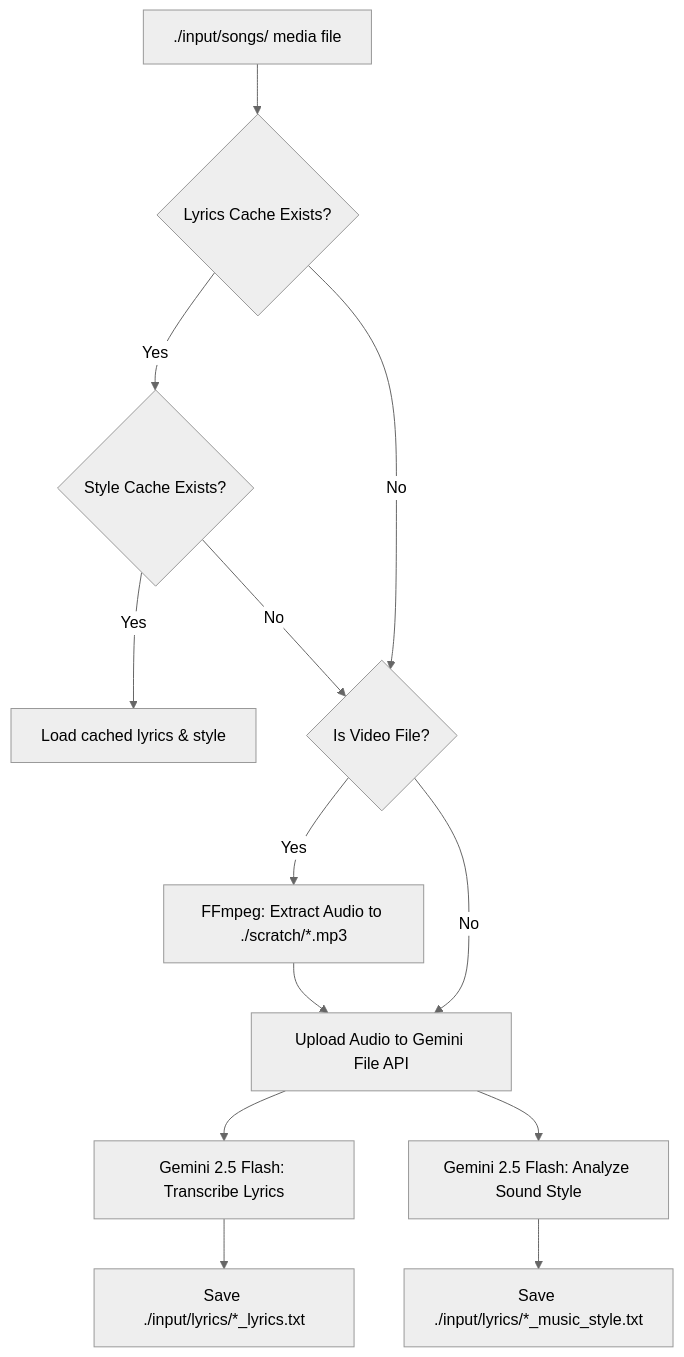
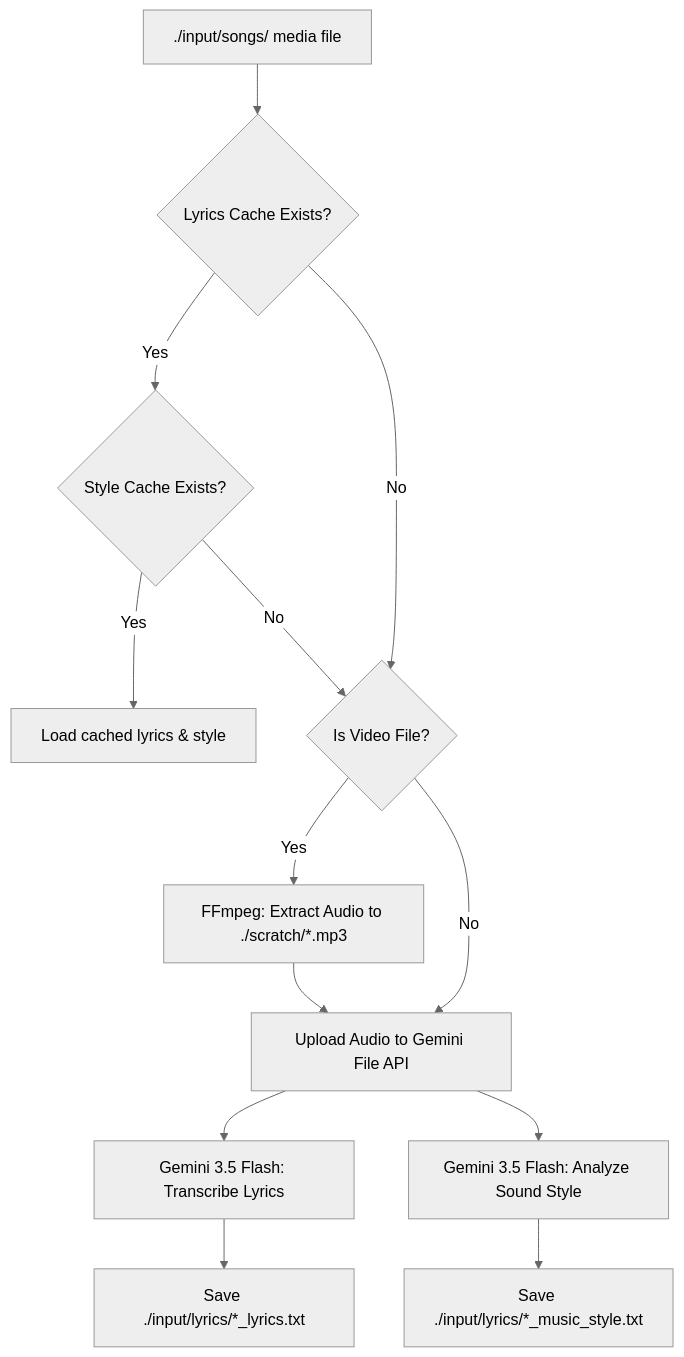
Before and after one commit to electronicnomad/stage-backdrops: the third of 12 diagrams in ARCHITECTURE.md, drawn with Mermaid. The commit also changed other lines of this file and 3 other files, not shown here.

Commit message:
feat: upgrade prompt generator model from gemini-2.5-flash to gemini-3.5-flash

````diff
--- a/ARCHITECTURE.md
+++ b/ARCHITECTURE.md
@@ -111,20 +111,20 @@
 ```mermaid
 %%{init: {'theme': 'neutral'}}%%
 flowchart TD
     SONG["./input/songs/ media file"] --> CHK_L{"Lyrics Cache Exists?"}
     CHK_L -->|Yes| CHK_S{"Style Cache Exists?"}
     CHK_S -->|Yes| LOAD_CACHE["Load cached lyrics & style"]
     
     CHK_L -->|No| IS_VID{"Is Video File?"}
     CHK_S -->|No| IS_VID
     
     IS_VID -->|Yes| EXT_AUD["FFmpeg: Extract Audio to ./scratch/*.mp3"]
     IS_VID -->|No| UPL["Upload Audio to Gemini File API"]
     EXT_AUD --> UPL
     
-    UPL --> GEM_L["Gemini 2.5 Flash: Transcribe Lyrics"]
-    UPL --> GEM_S["Gemini 2.5 Flash: Analyze Sound Style"]
+    UPL --> GEM_L["Gemini 3.5 Flash: Transcribe Lyrics"]
+    UPL --> GEM_S["Gemini 3.5 Flash: Analyze Sound Style"]
     
     GEM_L --> SAVE_L["Save ./input/lyrics/*_lyrics.txt"]
     GEM_S --> SAVE_S["Save ./input/lyrics/*_music_style.txt"]
 ```
````
